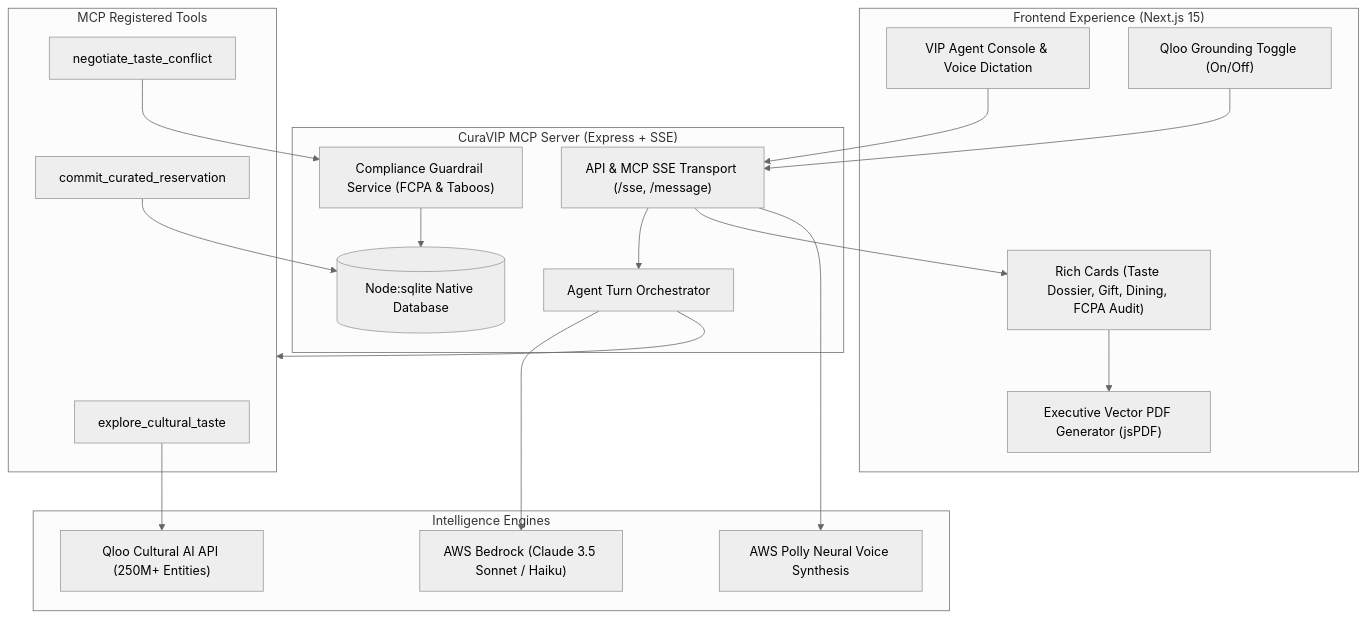
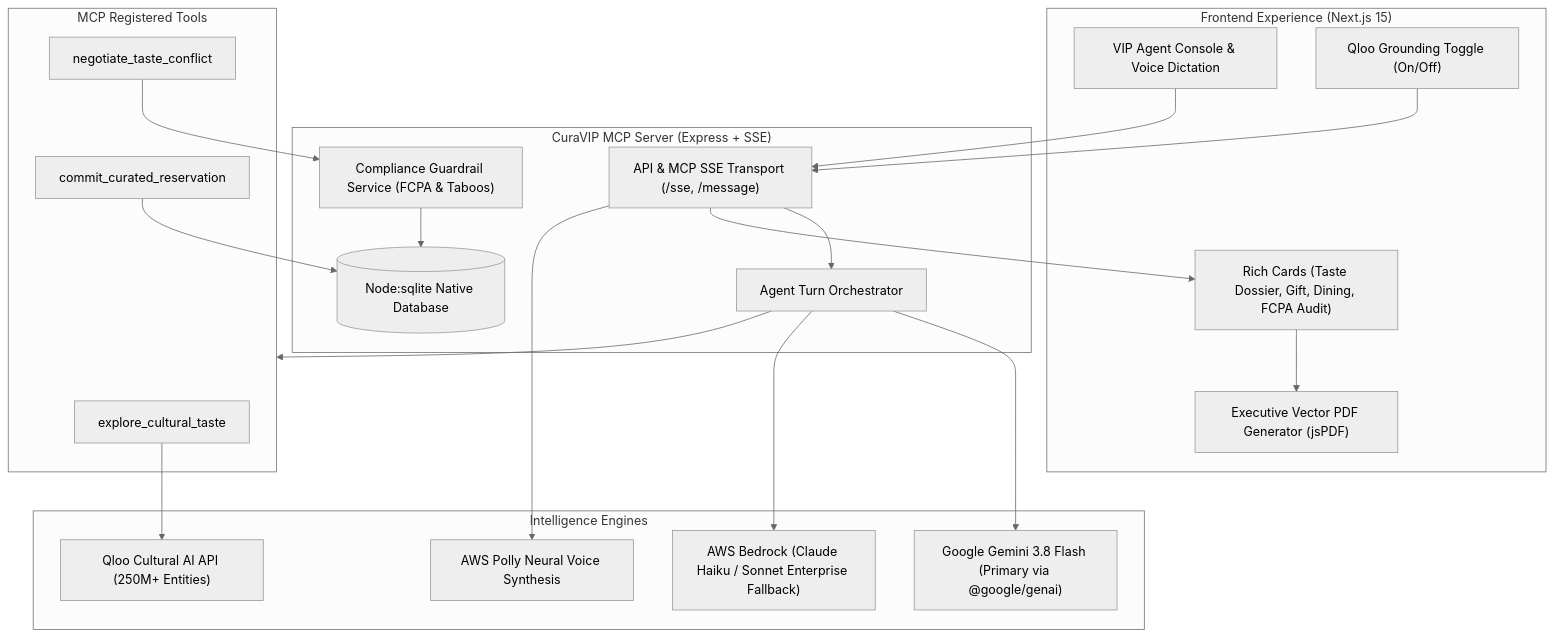
Before and after one commit to PHONGUIT22/curavip-agent: the diagram in README.md, drawn with Mermaid (neutral theme). The commit also changed other lines of this file and 1 other file, not shown here.

Commit message:
docs: synchronize README and .env.example with Gemini 3.8 Flash primary and Bedrock dual-LLM architecture

````diff
--- a/README.md
+++ b/README.md
@@ -59,41 +59,43 @@
 ```mermaid
 flowchart TD
     subgraph UI ["Frontend Experience (Next.js 15)"]
         Console["VIP Agent Console & Voice Dictation"]
         Toggle["Qloo Grounding Toggle (On/Off)"]
         Cards["Rich Cards (Taste Dossier, Gift, Dining, FCPA Audit)"]
         PDF["Executive Vector PDF Generator (jsPDF)"]
     end
 
     subgraph MCP ["CuraVIP MCP Server (Express + SSE)"]
         Router["API & MCP SSE Transport (/sse, /message)"]
         TurnHandler["Agent Turn Orchestrator"]
         Guardrails["Compliance Guardrail Service (FCPA & Taboos)"]
         SQLite[("Node:sqlite Native Database")]
     end
 
     subgraph Tools ["MCP Registered Tools"]
         T1["explore_cultural_taste"]
         T2["commit_curated_reservation"]
         T3["negotiate_taste_conflict"]
     end
 
     subgraph External ["Intelligence Engines"]
         Qloo["Qloo Cultural AI API (250M+ Entities)"]
-        Bedrock["AWS Bedrock (Claude 3.5 Sonnet / Haiku)"]
+        Gemini["Google Gemini 3.8 Flash (Primary via @google/genai)"]
+        Bedrock["AWS Bedrock (Claude Haiku / Sonnet Enterprise Fallback)"]
         Polly["AWS Polly Neural Voice Synthesis"]
     end
 
     Console --> Router
     Toggle --> Router
     Router --> TurnHandler
+    TurnHandler --> Gemini
     TurnHandler --> Bedrock
     TurnHandler --> Tools
     T1 --> Qloo
     T2 --> SQLite
     T3 --> Guardrails
     Guardrails --> SQLite
     Router --> Cards
     Cards --> PDF
     Router --> Polly
 ```
````
